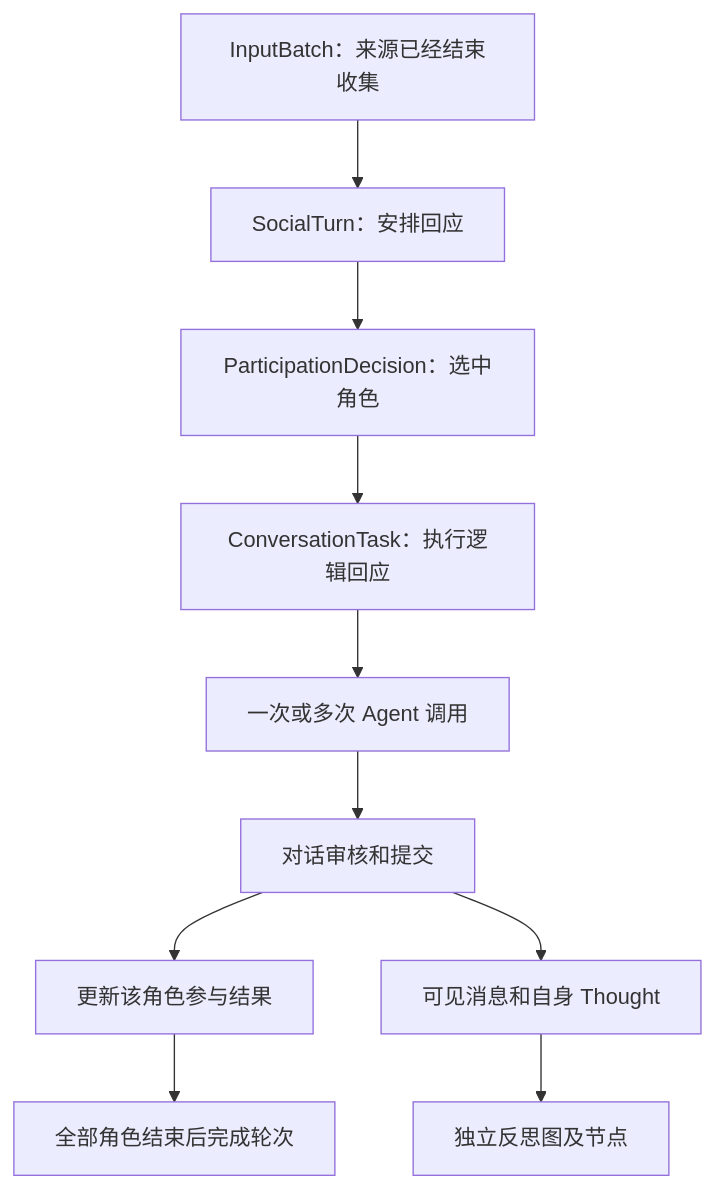
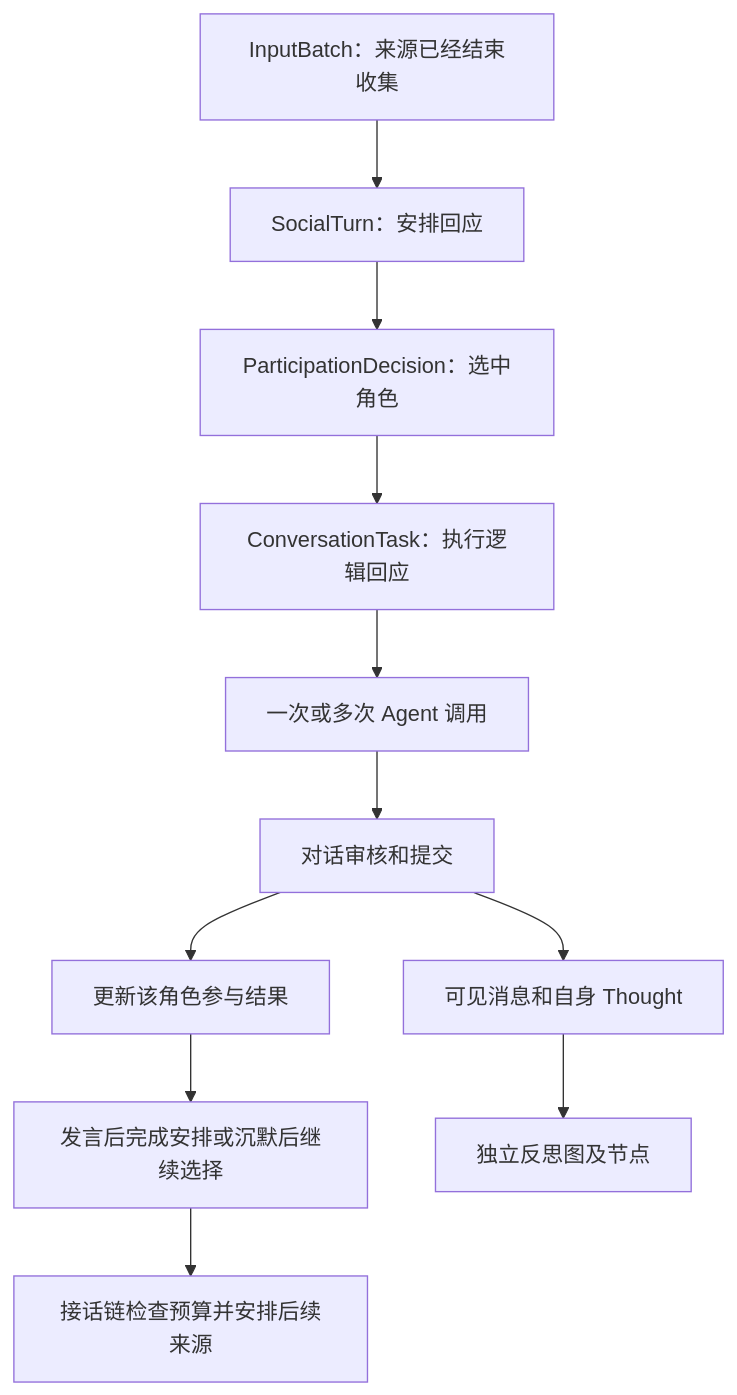
One commit to Weilan0811/echo-commons changed the diagram in server/docs/design/object-lifecycles.md. Above: the diagram before and after it, drawn with Mermaid. The commit also changed other lines of this file and 79 other files, not shown here.

````diff
--- a/server/docs/design/object-lifecycles.md
+++ b/server/docs/design/object-lifecycles.md
@@ -36,12 +37,13 @@
 ```mermaid
 flowchart TD
   B[InputBatch：来源已经结束收集] --> T[SocialTurn：安排回应]
   T --> P[ParticipationDecision：选中角色]
   P --> C[ConversationTask：执行逻辑回应]
   C --> A[一次或多次 Agent 调用]
   A --> R[对话审核和提交]
   R --> P2[更新该角色参与结果]
-  P2 --> T2[全部角色结束后完成轮次]
+  P2 --> T2[发言后完成安排或沉默后继续选择]
+  T2 --> S[接话链检查预算并安排后续来源]
   R --> M[可见消息和自身 Thought]
   M --> G[独立反思图及节点]
 ```
````
